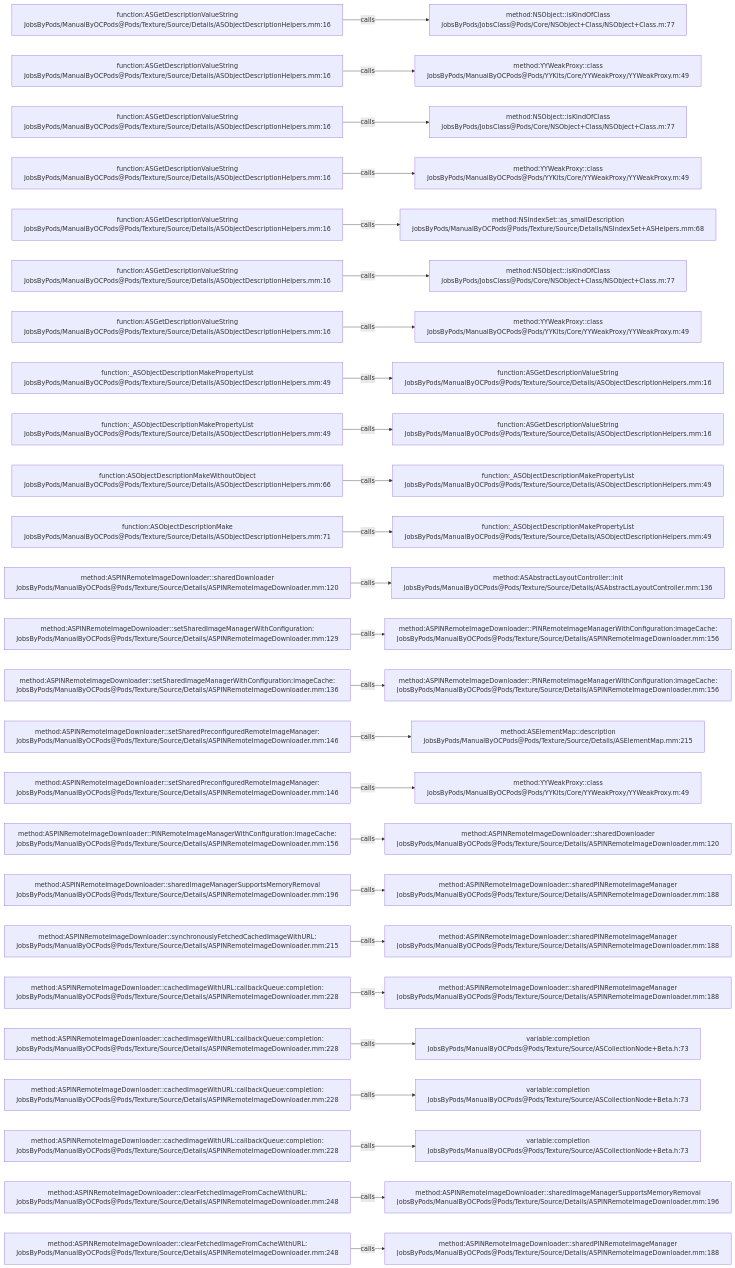
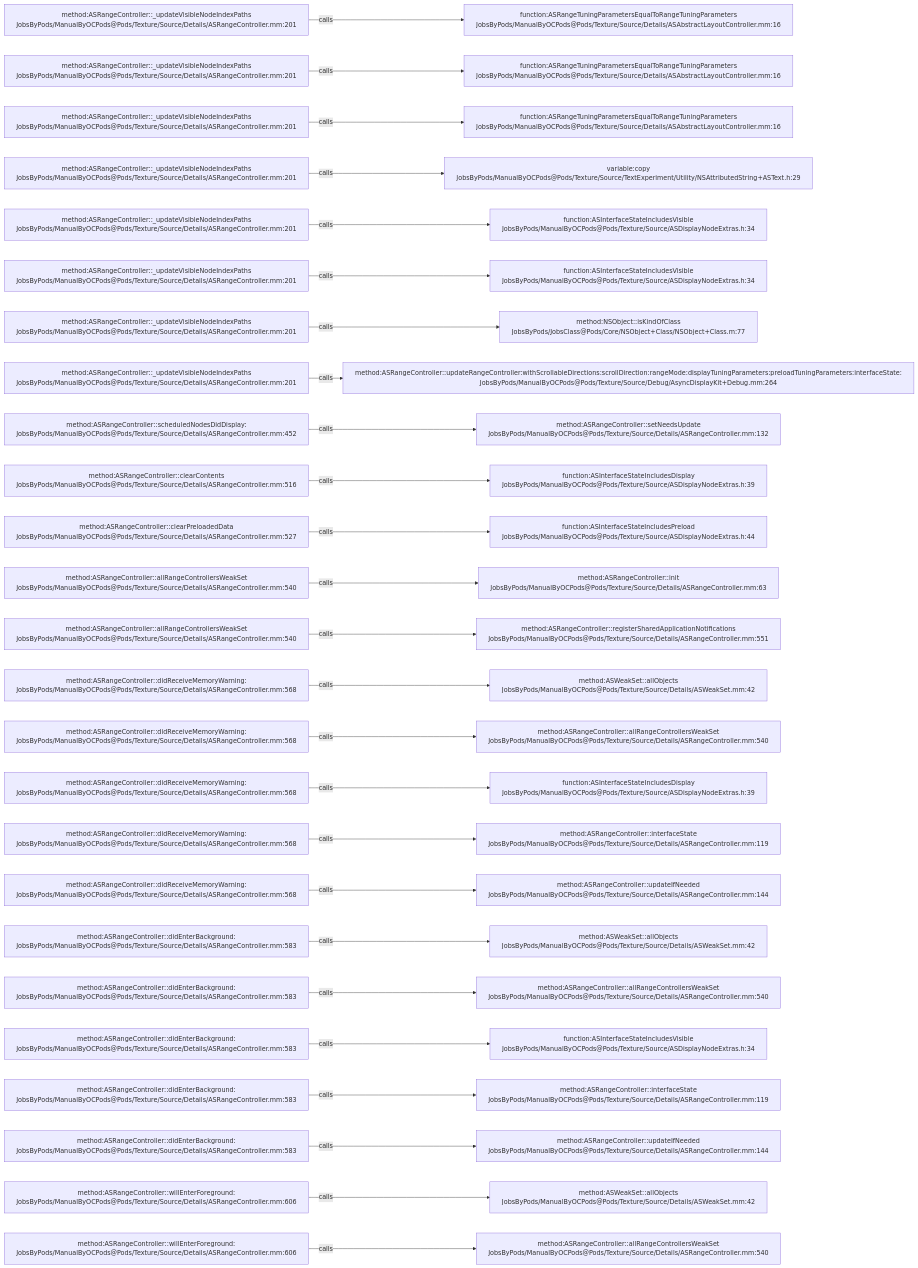
The diagram in .codegraph/codegraph.md/graphs/calls-162.md (JobsKits/JobsOCBaseConfigDemo), drawn with Mermaid before and after one commit. The commit also changed 1353 other files, not shown here.

````diff
--- a/.codegraph/codegraph.md/graphs/calls-162.md
+++ b/.codegraph/codegraph.md/graphs/calls-162.md
@@ -13,78 +13,78 @@
 ```mermaid
 flowchart LR
-  S1["function:ASGetDescriptionValueString<br/>JobsByPods/ManualByOCPods@Pods/Texture/Source/Details/ASObjectDescriptionHelpers.mm:16"]
-  T1["method:NSObject::isKindOfClass<br/>JobsByPods/JobsClass@Pods/Core/NSObject+Class/NSObject+Class.m:77"]
+  S1["method:ASRangeController::_updateVisibleNodeIndexPaths<br/>JobsByPods/ManualByOCPods@Pods/Texture/Source/Details/ASRangeController.mm:201"]
+  T1["function:ASRangeTuningParametersEqualToRangeTuningParameters<br/>JobsByPods/ManualByOCPods@Pods/Texture/Source/Details/ASAbstractLayoutController.mm:16"]
   S1 -->|calls| T1
-  S2["function:ASGetDescriptionValueString<br/>JobsByPods/ManualByOCPods@Pods/Texture/Source/Details/ASObjectDescriptionHelpers.mm:16"]
-  T2["method:YYWeakProxy::class<br/>JobsByPods/ManualByOCPods@Pods/YYKits/Core/YYWeakProxy/YYWeakProxy.m:49"]
+  S2["method:ASRangeController::_updateVisibleNodeIndexPaths<br/>JobsByPods/ManualByOCPods@Pods/Texture/Source/Details/ASRangeController.mm:201"]
+  T2["function:ASRangeTuningParametersEqualToRangeTuningParameters<br/>JobsByPods/ManualByOCPods@Pods/Texture/Source/Details/ASAbstractLayoutController.mm:16"]
   S2 -->|calls| T2
-  S3["function:ASGetDescriptionValueString<br/>JobsByPods/ManualByOCPods@Pods/Texture/Source/Details/ASObjectDescriptionHelpers.mm:16"]
-  T3["method:NSObject::isKindOfClass<br/>JobsByPods/JobsClass@Pods/Core/NSObject+Class/NSObject+Class.m:77"]
+  S3["method:ASRangeController::_updateVisibleNodeIndexPaths<br/>JobsByPods/ManualByOCPods@Pods/Texture/Source/Details/ASRangeController.mm:201"]
+  T3["function:ASRangeTuningParametersEqualToRangeTuningParameters<br/>JobsByPods/ManualByOCPods@Pods/Texture/Source/Details/ASAbstractLayoutController.mm:16"]
   S3 -->|calls| T3
-  S4["function:ASGetDescriptionValueString<br/>JobsByPods/ManualByOCPods@Pods/Texture/Source/Details/ASObjectDescriptionHelpers.mm:16"]
-  T4["method:YYWeakProxy::class<br/>JobsByPods/ManualByOCPods@Pods/YYKits/Core/YYWeakProxy/YYWeakProxy.m:49"]
+  S4["method:ASRangeController::_updateVisibleNodeIndexPaths<br/>JobsByPods/ManualByOCPods@Pods/Texture/Source/Details/ASRangeController.mm:201"]
+  T4["variable:copy<br/>JobsByPods/ManualByOCPods@Pods/Texture/Source/TextExperiment/Utility/NSAttributedString+ASText.h:29"]
   S4 -->|calls| T4
-  S5["function:ASGetDescriptionValueString<br/>JobsByPods/ManualByOCPods@Pods/Texture/Source/Details/ASObjectDescriptionHelpers.mm:16"]
-  T5["method:NSIndexSet::as_smallDescription<br/>JobsByPods/ManualByOCPods@Pods/Texture/Source/Details/NSIndexSet+ASHelpers.mm:68"]
+  S5["method:ASRangeController::_updateVisibleNodeIndexPaths<br/>JobsByPods/ManualByOCPods@Pods/Texture/Source/Details/ASRangeController.mm:201"]
+  T5["function:ASInterfaceStateIncludesVisible<br/>JobsByPods/ManualByOCPods@Pods/Texture/Source/ASDisplayNodeExtras.h:34"]
   S5 -->|calls| T5
-  S6["function:ASGetDescriptionValueString<br/>JobsByPods/ManualByOCPods@Pods/Texture/Source/Details/ASObjectDescriptionHelpers.mm:16"]
-  T6["method:NSObject::isKindOfClass<br/>JobsByPods/JobsClass@Pods/Core/NSObject+Class/NSObject+Class.m:77"]
+  S6["method:ASRangeController::_updateVisibleNodeIndexPaths<br/>JobsByPods/ManualByOCPods@Pods/Texture/Source/Details/ASRangeController.mm:201"]
+  T6["function:ASInterfaceStateIncludesVisible<br/>JobsByPods/ManualByOCPods@Pods/Texture/Source/ASDisplayNodeExtras.h:34"]
   S6 -->|calls| T6
-  S7["function:ASGetDescriptionValueString<br/>JobsByPods/ManualByOCPods@Pods/Texture/Source/Details/ASObjectDescriptionHelpers.mm:16"]
-  T7["method:YYWeakProxy::class<br/>JobsByPods/ManualByOCPods@Pods/YYKits/Core/YYWeakProxy/YYWeakProxy.m:49"]
+  S7["method:ASRangeController::_updateVisibleNodeIndexPaths<br/>JobsByPods/ManualByOCPods@Pods/Texture/Source/Details/ASRangeController.mm:201"]
+  T7["method:NSObject::isKindOfClass<br/>JobsByPods/JobsClass@Pods/Core/NSObject+Class/NSObject+Class.m:77"]
   S7 -->|calls| T7
-  S8["function:_ASObjectDescriptionMakePropertyList<br/>JobsByPods/ManualByOCPods@Pods/Texture/Source/Details/ASObjectDescriptionHelpers.mm:49"]
-  T8["function:ASGetDescriptionValueString<br/>JobsByPods/ManualByOCPods@Pods/Texture/Source/Details/ASObjectDescriptionHelpers.mm:16"]
+  S8["method:ASRangeController::_updateVisibleNodeIndexPaths<br/>JobsByPods/ManualByOCPods@Pods/Texture/Source/Details/ASRangeController.mm:201"]
+  T8["method:ASRangeController::updateRangeController:withScrollableDirections:scrollDirection:rangeMode:displayTuningParameters:preloadTuningParameters:interfaceState:<br/>JobsByPods/ManualByOCPods@Pods/Texture/Source/Debug/AsyncDisplayKit+Debug.mm:264"]
   S8 -->|calls| T8
-  S9["function:_ASObjectDescriptionMakePropertyList<br/>JobsByPods/ManualByOCPods@Pods/Texture/Source/Details/ASObjectDescriptionHelpers.mm:49"]
-  T9["function:ASGetDescriptionValueString<br/>JobsByPods/ManualByOCPods@Pods/Texture/Source/Details/ASObjectDescriptionHelpers.mm:16"]
+  S9["method:ASRangeController::scheduledNodesDidDisplay:<br/>JobsByPods/ManualByOCPods@Pods/Texture/Source/Details/ASRangeController.mm:452"]
+  T9["method:ASRangeController::setNeedsUpdate<br/>JobsByPods/ManualByOCPods@Pods/Texture/Source/Details/ASRangeController.mm:132"]
   S9 -->|calls| T9
-  S10["function:ASObjectDescriptionMakeWithoutObject<br/>JobsByPods/ManualByOCPods@Pods/Texture/Source/Details/ASObjectDescriptionHelpers.mm:66"]
-  T10["function:_ASObjectDescriptionMakePropertyList<br/>JobsByPods/ManualByOCPods@Pods/Texture/Source/Details/ASObjectDescriptionHelpers.mm:49"]
+  S10["method:ASRangeController::clearContents<br/>JobsByPods/ManualByOCPods@Pods/Texture/Source/Details/ASRangeController.mm:516"]
+  T10["function:ASInterfaceStateIncludesDisplay<br/>JobsByPods/ManualByOCPods@Pods/Texture/Source/ASDisplayNodeExtras.h:39"]
   S10 -->|calls| T10
-  S11["function:ASObjectDescriptionMake<br/>JobsByPods/ManualByOCPods@Pods/Texture/Source/Details/ASObjectDescriptionHelpers.mm:71"]
-  T11["function:_ASObjectDescriptionMakePropertyList<br/>JobsByPods/ManualByOCPods@Pods/Texture/Source/Details/ASObjectDescriptionHelpers.mm:49"]
+  S11["method:ASRangeController::clearPreloadedData<br/>JobsByPods/ManualByOCPods@Pods/Texture/Source/Details/ASRangeController.mm:527"]
+  T11["function:ASInterfaceStateIncludesPreload<br/>JobsByPods/ManualByOCPods@Pods/Texture/Source/ASDisplayNodeExtras.h:44"]
   S11 -->|calls| T11
-  S12["method:ASPINRemoteImageDownloader::sharedDownloader<br/>JobsByPods/ManualByOCPods@Pods/Texture/Source/Details/ASPINRemoteImageDownloader.mm:120"]
-  T12["method:ASAbstractLayoutController::init<br/>JobsByPods/ManualByOCPods@Pods/Texture/Source/Details/ASAbstractLayoutController.mm:136"]
+  S12["method:ASRangeController::allRangeControllersWeakSet<br/>JobsByPods/ManualByOCPods@Pods/Texture/Source/Details/ASRangeController.mm:540"]
+  T12["method:ASRangeController::init<br/>JobsByPods/ManualByOCPods@Pods/Texture/Source/Details/ASRangeController.mm:63"]
   S12 -->|calls| T12
-  S13["method:ASPINRemoteImageDownloader::setSharedImageManagerWithConfiguration:<br/>JobsByPods/ManualByOCPods@Pods/Texture/Source/Details/ASPINRemoteImageDownloader.mm:129"]
-  T13["method:ASPINRemoteImageDownloader::PINRemoteImageManagerWithConfiguration:imageCache:<br/>JobsByPods/ManualByOCPods@Pods/Texture/Source/Details/ASPINRemoteImageDownloader.mm:156"]
+  S13["method:ASRangeController::allRangeControllersWeakSet<br/>JobsByPods/ManualByOCPods@Pods/Texture/Source/Details/ASRangeController.mm:540"]
+  T13["method:ASRangeController::registerSharedApplicationNotifications<br/>JobsByPods/ManualByOCPods@Pods/Texture/Source/Details/ASRangeController.mm:551"]
   S13 -->|calls| T13
-  S14["method:ASPINRemoteImageDownloader::setSharedImageManagerWithConfiguration:imageCache:<br/>JobsByPods/ManualByOCPods@Pods/Texture/Source/Details/ASPINRemoteImageDownloader.mm:136"]
-  T14["method:ASPINRemoteImageDownloader::PINRemoteImageManagerWithConfiguration:imageCache:<br/>JobsByPods/ManualByOCPods@Pods/Texture/Source/Details/ASPINRemoteImageDownloader.mm:156"]
+  S14["method:ASRangeController::didReceiveMemoryWarning:<br/>JobsByPods/ManualByOCPods@Pods/Texture/Source/Details/ASRangeController.mm:568"]
+  T14["method:ASWeakSet::allObjects<br/>JobsByPods/ManualByOCPods@Pods/Texture/Source/Details/ASWeakSet.mm:42"]
   S14 -->|calls| T14
-  S15["method:ASPINRemoteImageDownloader::setSharedPreconfiguredRemoteImageManager:<br/>JobsByPods/ManualByOCPods@Pods/Texture/Source/Details/ASPINRemoteImageDownloader.mm:146"]
-  T15["method:ASElementMap::description<br/>JobsByPods/ManualByOCPods@Pods/Texture/Source/Details/ASElementMap.mm:215"]
+  S15["method:ASRangeController::didReceiveMemoryWarning:<br/>JobsByPods/ManualByOCPods@Pods/Texture/Source/Details/ASRangeController.mm:568"]
+  T15["method:ASRangeController::allRangeControllersWeakSet<br/>JobsByPods/ManualByOCPods@Pods/Texture/Source/Details/ASRangeController.mm:540"]
   S15 -->|calls| T15
-  S16["method:ASPINRemoteImageDownloader::setSharedPreconfiguredRemoteImageManager:<br/>JobsByPods/ManualByOCPods@Pods/Texture/Source/Details/ASPINRemoteImageDownloader.mm:146"]
-  T16["method:YYWeakProxy::class<br/>JobsByPods/ManualByOCPods@Pods/YYKits/Core/YYWeakProxy/YYWeakProxy.m:49"]
+  S16["method:ASRangeController::didReceiveMemoryWarning:<br/>JobsByPods/ManualByOCPods@Pods/Texture/Source/Details/ASRangeController.mm:568"]
+  T16["function:ASInterfaceStateIncludesDisplay<br/>JobsByPods/ManualByOCPods@Pods/Texture/Source/ASDisplayNodeExtras.h:39"]
   S16 -->|calls| T16
-  S17["method:ASPINRemoteImageDownloader::PINRemoteImageManagerWithConfiguration:imageCache:<br/>JobsByPods/ManualByOCPods@Pods/Texture/Source/Details/ASPINRemoteImageDownloader.mm:156"]
-  T17["method:ASPINRemoteImageDownloader::sharedDownloader<br/>JobsByPods/ManualByOCPods@Pods/Texture/Source/Details/ASPINRemoteImageDownloader.mm:120"]
+  S17["method:ASRangeController::didReceiveMemoryWarning:<br/>JobsByPods/ManualByOCPods@Pods/Texture/Source/Details/ASRangeController.mm:568"]
+  T17["method:ASRangeController::interfaceState<br/>JobsByPods/ManualByOCPods@Pods/Texture/Source/Details/ASRangeController.mm:119"]
   S17 -->|calls| T17
-  S18["method:ASPINRemoteImageDownloader::sharedImageManagerSupportsMemoryRemoval<br/>JobsByPods/ManualByOCPods@Pods/Texture/Source/Details/ASPINRemoteImageDownloader.mm:196"]
-  T18["method:ASPINRemoteImageDownloader::sharedPINRemoteImageManager<br/>JobsByPods/ManualByOCPods@Pods/Texture/Source/Details/ASPINRemoteImageDownloader.mm:188"]
+  S18["method:ASRangeController::didReceiveMemoryWarning:<br/>JobsByPods/ManualByOCPods@Pods/Texture/Source/Details/ASRangeController.mm:568"]
+  T18["method:ASRangeController::updateIfNeeded<br/>JobsByPods/ManualByOCPods@Pods/Texture/Source/Details/ASRangeController.mm:144"]
   S18 -->|calls| T18
-  S19["method:ASPINRemoteImageDownloader::synchronouslyFetchedCachedImageWithURL:<br/>JobsByPods/ManualByOCPods@Pods/Texture/Source/Details/ASPINRemoteImageDownloader.mm:215"]
-  T19["method:ASPINRemoteImageDownloader::sharedPINRemoteImageManager<br/>JobsByPods/ManualByOCPods@Pods/Texture/Source/Details/ASPINRemoteImageDownloader.mm:188"]
+  S19["method:ASRangeController::didEnterBackground:<br/>JobsByPods/ManualByOCPods@Pods/Texture/Source/Details/ASRangeController.mm:583"]
+  T19["method:ASWeakSet::allObjects<br/>JobsByPods/ManualByOCPods@Pods/Texture/Source/Details/ASWeakSet.mm:42"]
   S19 -->|calls| T19
-  S20["method:ASPINRemoteImageDownloader::cachedImageWithURL:callbackQueue:completion:<br/>JobsByPods/ManualByOCPods@Pods/Texture/Source/Details/ASPINRemoteImageDownloader.mm:228"]
-  T20["method:ASPINRemoteImageDownloader::sharedPINRemoteImageManager<br/>JobsByPods/ManualByOCPods@Pods/Texture/Source/Details/ASPINRemoteImageDownloader.mm:188"]
+  S20["method:ASRangeController::didEnterBackground:<br/>JobsByPods/ManualByOCPods@Pods/Texture/Source/Details/ASRangeController.mm:583"]
+  T20["method:ASRangeController::allRangeControllersWeakSet<br/>JobsByPods/ManualByOCPods@Pods/Texture/Source/Details/ASRangeController.mm:540"]
   S20 -->|calls| T20
-  S21["method:ASPINRemoteImageDownloader::cachedImageWithURL:callbackQueue:completion:<br/>JobsByPods/ManualByOCPods@Pods/Texture/Source/Details/ASPINRemoteImageDownloader.mm:228"]
-  T21["variable:completion<br/>JobsByPods/ManualByOCPods@Pods/Texture/Source/ASCollectionNode+Beta.h:73"]
+  S21["method:ASRangeController::didEnterBackground:<br/>JobsByPods/ManualByOCPods@Pods/Texture/Source/Details/ASRangeController.mm:583"]
+  T21["function:ASInterfaceStateIncludesVisible<br/>JobsByPods/ManualByOCPods@Pods/Texture/Source/ASDisplayNodeExtras.h:34"]
   S21 -->|calls| T21
-  S22["method:ASPINRemoteImageDownloader::cachedImageWithURL:callbackQueue:completion:<br/>JobsByPods/ManualByOCPods@Pods/Texture/Source/Details/ASPINRemoteImageDownloader.mm:228"]
-  T22["variable:completion<br/>JobsByPods/ManualByOCPods@Pods/Texture/Source/ASCollectionNode+Beta.h:73"]
+  S22["method:ASRangeController::didEnterBackground:<br/>JobsByPods/ManualByOCPods@Pods/Texture/Source/Details/ASRangeController.mm:583"]
+  T22["method:ASRangeController::interfaceState<br/>JobsByPods/ManualByOCPods@Pods/Texture/Source/Details/ASRangeController.mm:119"]
   S22 -->|calls| T22
-  S23["method:ASPINRemoteImageDownloader::cachedImageWithURL:callbackQueue:completion:<br/>JobsByPods/ManualByOCPods@Pods/Texture/Source/Details/ASPINRemoteImageDownloader.mm:228"]
-  T23["variable:completion<br/>JobsByPods/ManualByOCPods@Pods/Texture/Source/ASCollectionNode+Beta.h:73"]
+  S23["method:ASRangeController::didEnterBackground:<br/>JobsByPods/ManualByOCPods@Pods/Texture/Source/Details/ASRangeController.mm:583"]
+  T23["method:ASRangeController::updateIfNeeded<br/>JobsByPods/ManualByOCPods@Pods/Texture/Source/Details/ASRangeController.mm:144"]
   S23 -->|calls| T23
-  S24["method:ASPINRemoteImageDownloader::clearFetchedImageFromCacheWithURL:<br/>JobsByPods/ManualByOCPods@Pods/Texture/Source/Details/ASPINRemoteImageDownloader.mm:248"]
-  T24["method:ASPINRemoteImageDownloader::sharedImageManagerSupportsMemoryRemoval<br/>JobsByPods/ManualByOCPods@Pods/Texture/Source/Details/ASPINRemoteImageDownloader.mm:196"]
+  S24["method:ASRangeController::willEnterForeground:<br/>JobsByPods/ManualByOCPods@Pods/Texture/Source/Details/ASRangeController.mm:606"]
+  T24["method:ASWeakSet::allObjects<br/>JobsByPods/ManualByOCPods@Pods/Texture/Source/Details/ASWeakSet.mm:42"]
   S24 -->|calls| T24
-  S25["method:ASPINRemoteImageDownloader::clearFetchedImageFromCacheWithURL:<br/>JobsByPods/ManualByOCPods@Pods/Texture/Source/Details/ASPINRemoteImageDownloader.mm:248"]
-  T25["method:ASPINRemoteImageDownloader::sharedPINRemoteImageManager<br/>JobsByPods/ManualByOCPods@Pods/Texture/Source/Details/ASPINRemoteImageDownloader.mm:188"]
+  S25["method:ASRangeController::willEnterForeground:<br/>JobsByPods/ManualByOCPods@Pods/Texture/Source/Details/ASRangeController.mm:606"]
+  T25["method:ASRangeController::allRangeControllersWeakSet<br/>JobsByPods/ManualByOCPods@Pods/Texture/Source/Details/ASRangeController.mm:540"]
   S25 -->|calls| T25
 ```
````
